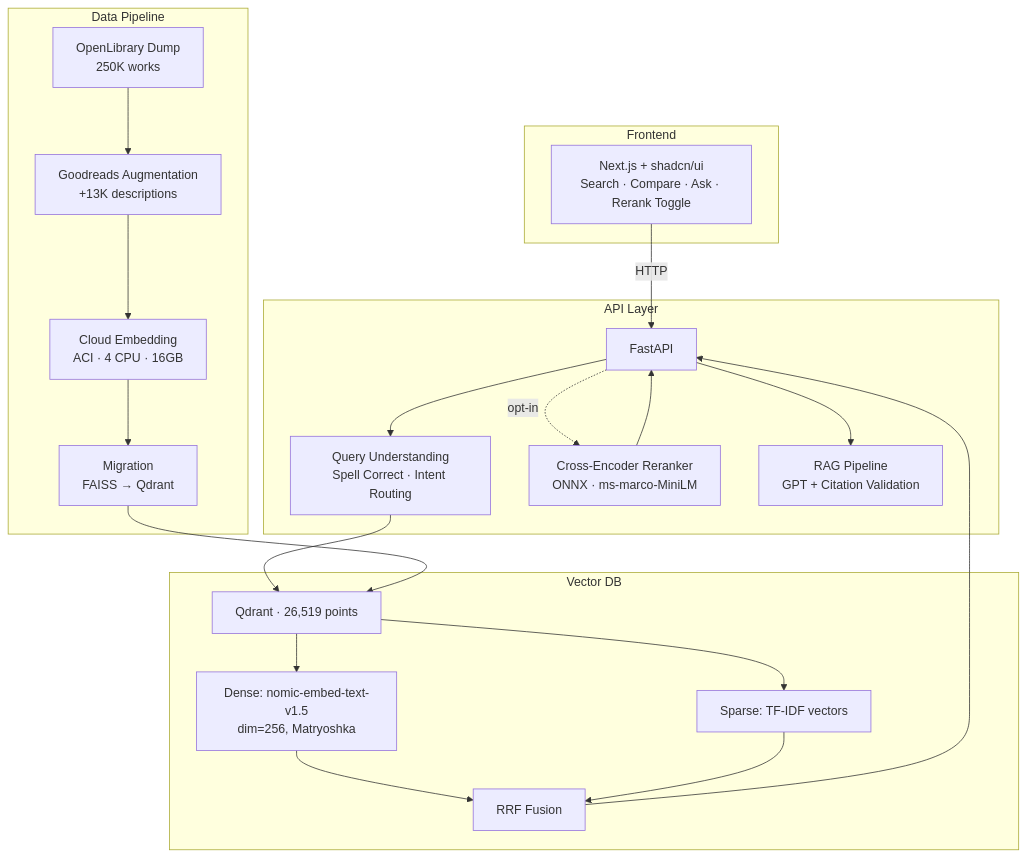
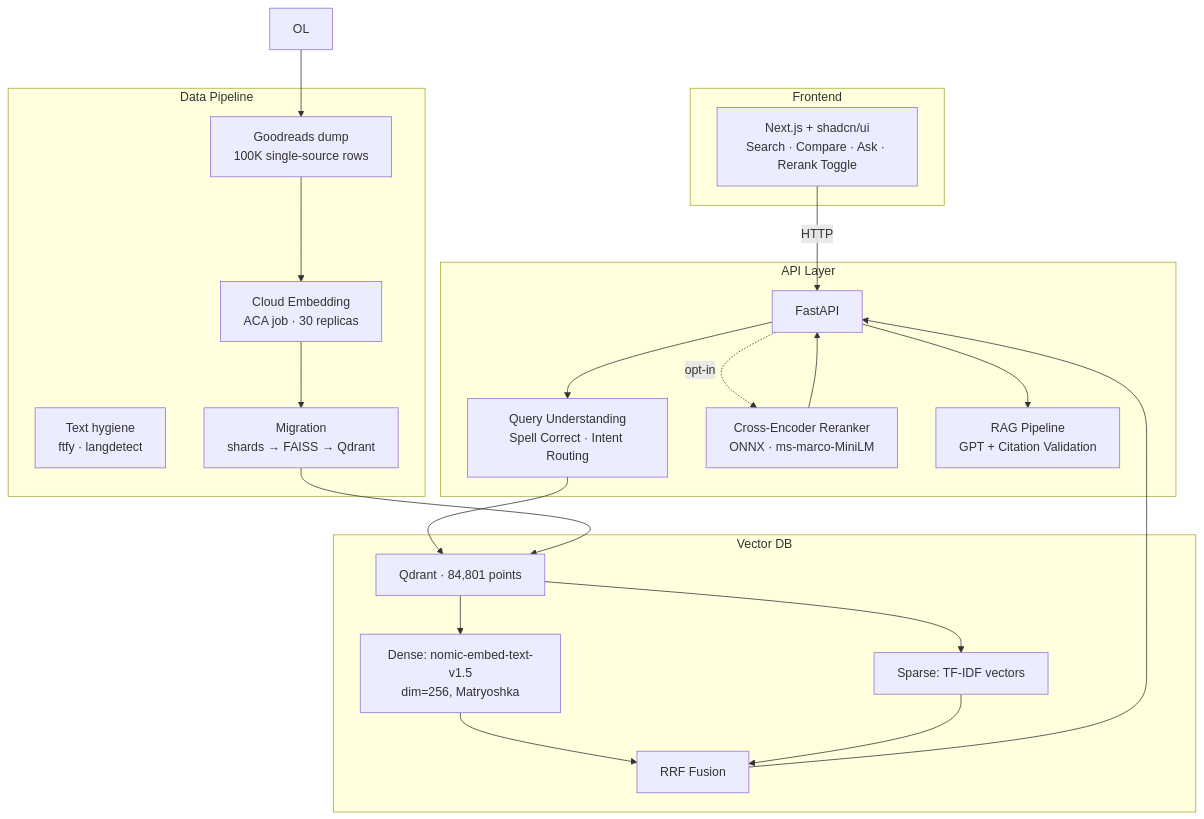
One commit to TruaShamu/ai-search changed the first of 4 diagrams in README.md. Above: the diagram before and after it, drawn with Mermaid. The commit also changed other lines of this file and 1 other file, not shown here.

````diff
--- a/README.md
+++ b/README.md
@@ -11,36 +11,36 @@
 ```mermaid
 graph TD
     subgraph Frontend
         UI[Next.js + shadcn/ui<br/>Search · Compare · Ask · Rerank Toggle]
     end
 
     subgraph API Layer
         FP[FastAPI]
         QU[Query Understanding<br/>Spell Correct · Intent Routing]
         RR[Cross-Encoder Reranker<br/>ONNX · ms-marco-MiniLM]
         RAG[RAG Pipeline<br/>GPT + Citation Validation]
     end
 
     subgraph Vector DB
-        QD[Qdrant · 26,519 points]
+        QD[Qdrant · 84,801 points]
         DV[Dense: nomic-embed-text-v1.5<br/>dim=256, Matryoshka]
         SV[Sparse: TF-IDF vectors]
         RRF[RRF Fusion]
     end
 
     subgraph Data Pipeline
-        OL[OpenLibrary Dump<br/>250K works]
-        GR[Goodreads Augmentation<br/>+13K descriptions]
-        EMB[Cloud Embedding<br/>ACI · 4 CPU · 16GB]
-        MIG[Migration<br/>FAISS → Qdrant]
+        GR[Goodreads dump<br/>100K single-source rows]
+        HY[Text hygiene<br/>ftfy · langdetect]
+        EMB[Cloud Embedding<br/>ACA job · 30 replicas]
+        MIG[Migration<br/>shards → FAISS → Qdrant]
     end
 
     UI -->|HTTP| FP
     FP --> QU --> QD
     QD --> DV & SV
     DV & SV --> RRF --> FP
     FP -.->|opt-in| RR --> FP
     FP --> RAG
 
     OL --> GR --> EMB --> MIG --> QD
 ```
````
